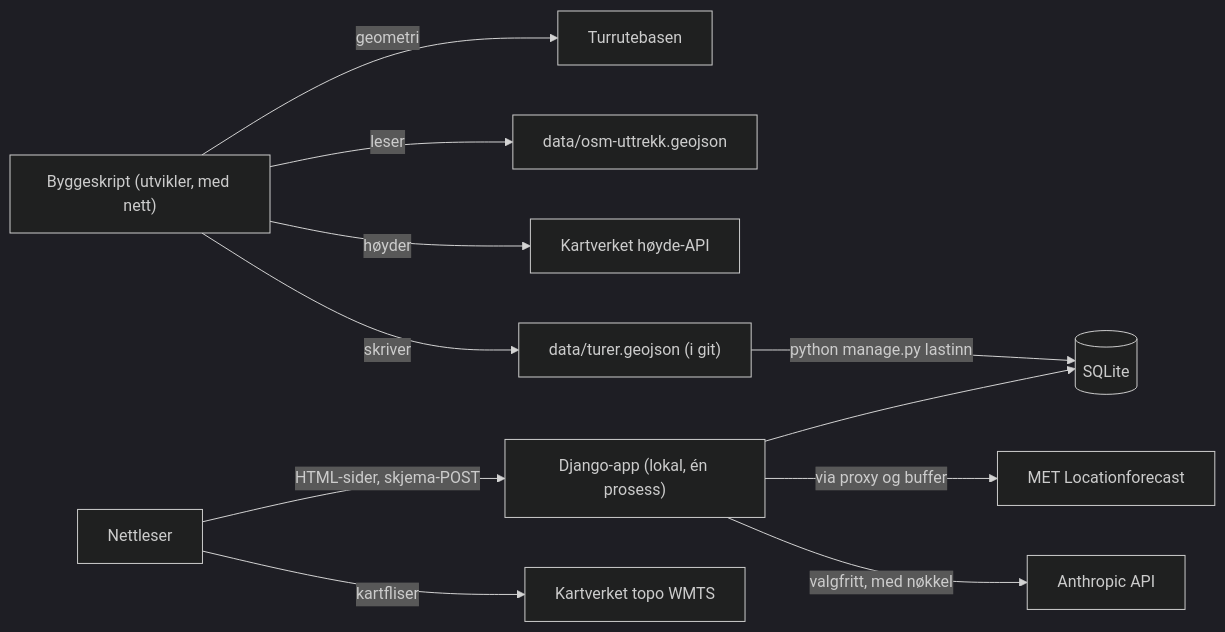
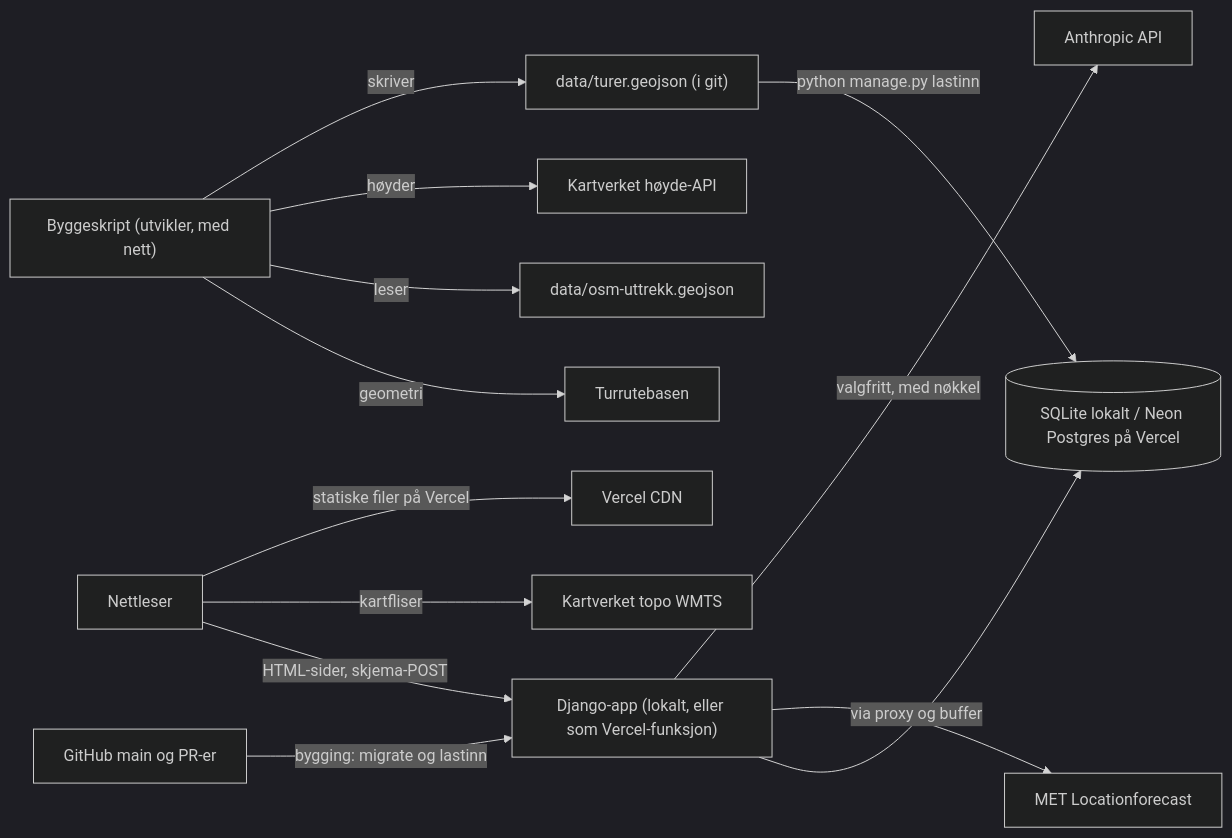
The second of 4 diagrams in _bmad-output/planning-artifacts/architecture/architecture-G81-eriksen-2026-11-07/ARCHITECTURE-SPINE.md (IBE160-2026/G81-eriksen), drawn with Mermaid (dark theme) before and after one commit. The commit also changed other lines of this file and 8 other files, not shown here.

First line of the commit message:
PRD v1.10 og arkitektur: publisering på Vercel med Neon (NFR-10, AD-15)

````diff
--- a/_bmad-output/planning-artifacts/architecture/architecture-G81-eriksen-2026-11-07/ARCHITECTURE-SPINE.md
+++ b/_bmad-output/planning-artifacts/architecture/architecture-G81-eriksen-2026-11-07/ARCHITECTURE-SPINE.md
@@ -254,13 +273,15 @@
 ```mermaid
 flowchart LR
-    bruker["Nettleser"] -->|"HTML-sider, skjema-POST"| app["Django-app (lokal, én prosess)"]
+    bruker["Nettleser"] -->|"HTML-sider, skjema-POST"| app["Django-app (lokalt, eller som Vercel-funksjon)"]
     bruker -->|"kartfliser"| kv["Kartverket topo WMTS"]
-    app --> db[("SQLite")]
+    bruker -->|"statiske filer på Vercel"| cdn["Vercel CDN"]
+    app --> db[("SQLite lokalt / Neon Postgres på Vercel")]
+    gh["GitHub main og PR-er"] -->|"bygging: migrate og lastinn"| app
     app -->|"via proxy og buffer"| met["MET Locationforecast"]
     app -->|"valgfritt, med nøkkel"| ki["Anthropic API"]
     skript["Byggeskript (utvikler, med nett)"] -->|"geometri"| trb["Turrutebasen"]
     skript -->|"leser"| osm["data/osm-uttrekk.geojson"]
     skript -->|"høyder"| hoyde["Kartverket høyde-API"]
     skript -->|"skriver"| geo["data/turer.geojson (i git)"]
     geo -->|"python manage.py lastinn"| db
 ```
````
